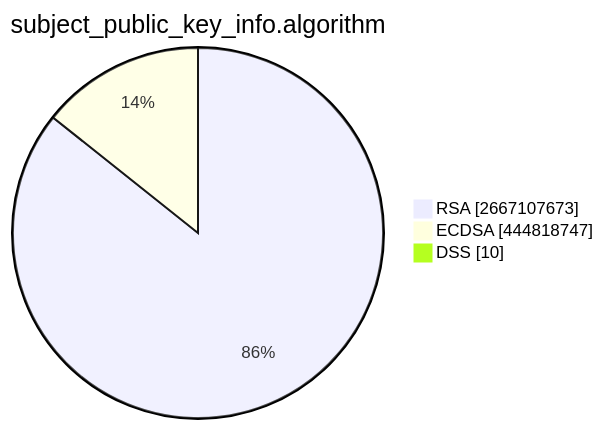
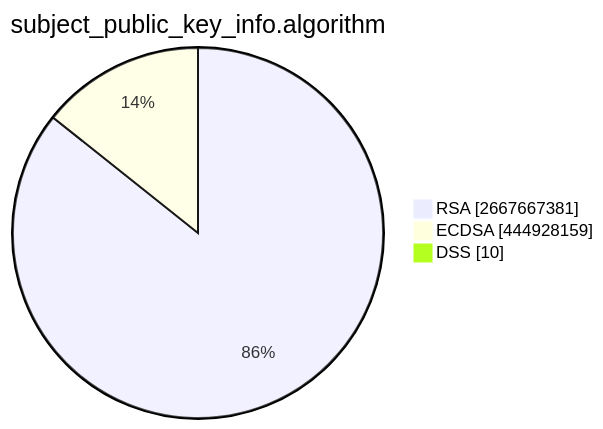
One commit to christiankrug/ctmonitor_visualization changed the second of 15 diagrams in TOTAL/README.md. Above: the diagram before and after it, drawn with Mermaid. The commit also changed other lines of this file, not shown here.

````diff
--- a/TOTAL/README.md
+++ b/TOTAL/README.md
@@ -6,7 +6,7 @@
 ```mermaid
 pie showData
 title subject_public_key_info.algorithm
-"RSA" :2667107673
-"ECDSA" :444818747
+"RSA" :2667667381
+"ECDSA" :444928159
 "DSS" :10
 ```
````
